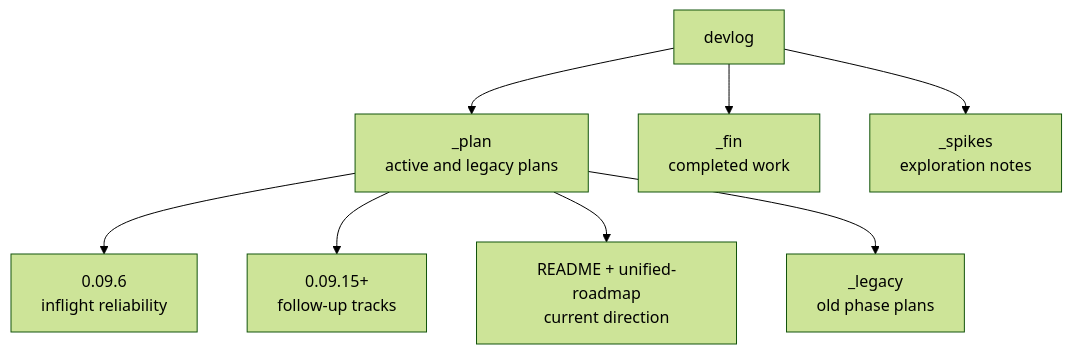
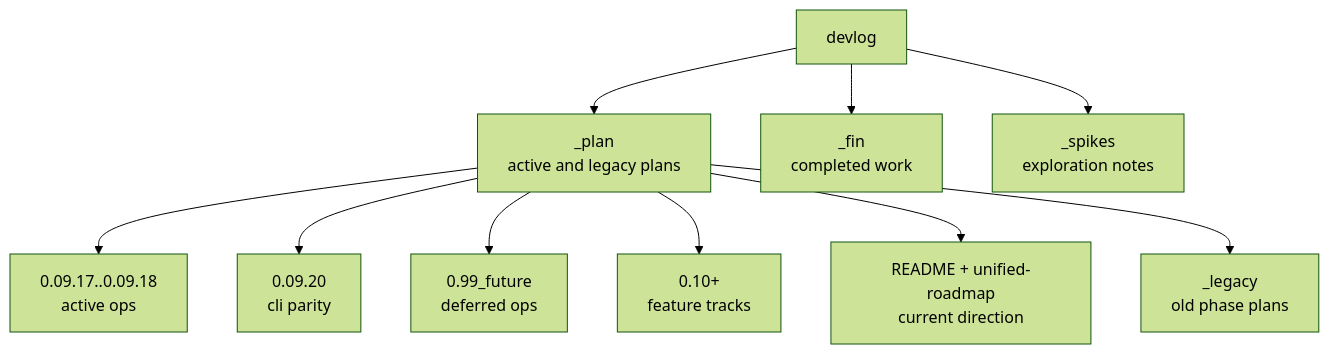
The diagram in structure/07-devlog-map.md (ChatPoongKun/ima2-gen), drawn with Mermaid (forest theme) before and after one commit. The commit also changed other lines of this file and 7 other files, not shown here.

Commit message:
docs: refresh roadmap after card news planning

````diff
--- a/structure/07-devlog-map.md
+++ b/structure/07-devlog-map.md
@@ -19,10 +19,12 @@
 ```mermaid
 graph TD
     DEV["devlog"] --> PLAN["_plan<br/>active and legacy plans"]
     DEV --> FIN["_fin<br/>completed work"]
     DEV --> SPIKES["_spikes<br/>exploration notes"]
-    PLAN --> ACTIVE["0.09.6<br/>inflight reliability"]
-    PLAN --> FOLLOW["0.09.15+<br/>follow-up tracks"]
+    PLAN --> ACTIVE["0.09.17..0.09.18<br/>active ops"]
+    PLAN --> CLI["0.09.20<br/>cli parity"]
+    PLAN --> FUTURE["0.99_future<br/>deferred ops"]
+    PLAN --> FOLLOW["0.10+<br/>feature tracks"]
     PLAN --> ROAD["README + unified-roadmap<br/>current direction"]
     PLAN --> LEGACY["_legacy<br/>old phase plans"]
 ```
````
